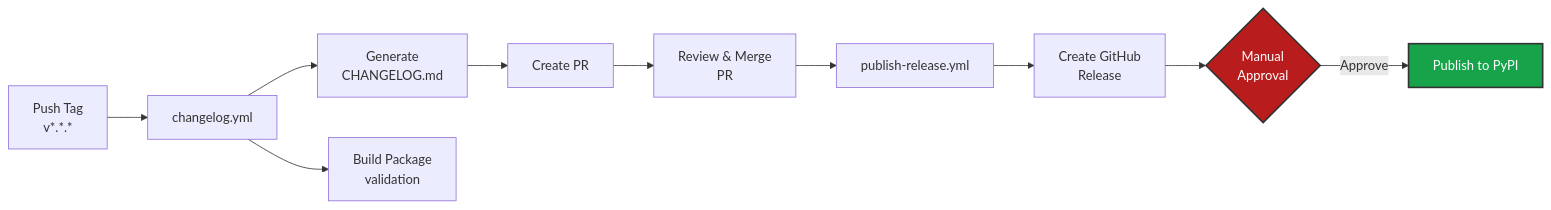
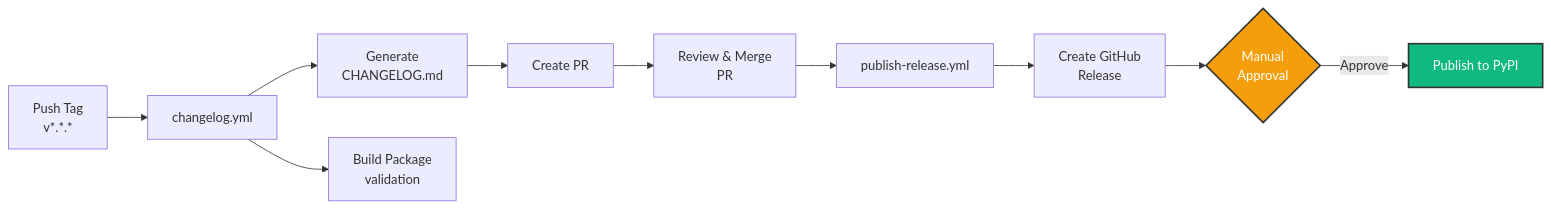
One commit to stateful-y/sklearn-wrap changed the diagram in docs/pages/contributing.md. Above: the diagram before and after it, drawn with Mermaid. The commit also changed other lines of this file and 12 other files, not shown here.

````diff
--- a/docs/pages/contributing.md
+++ b/docs/pages/contributing.md
@@ -571,14 +570,14 @@
 ```mermaid
 graph LR
     A[Push Tag<br/>v*.*.*] --> B[changelog.yml]
     B --> C[Generate<br/>CHANGELOG.md]
     B --> D[Build Package<br/>validation]
     C --> E[Create PR]
     E --> F[Review & Merge<br/>PR]
     F --> G[publish-release.yml]
     G --> H[Create GitHub<br/>Release]
     H --> I{Manual<br/>Approval}
     I -->|Approve| J[Publish to PyPI]
-    style I fill:#b91c1c,stroke:#333,stroke-width:2px,color:#fff
-    style J fill:#16a34a,stroke:#333,stroke-width:2px,color:#fff
+    style I fill:#f59e0b,stroke:#333,stroke-width:2px,color:#fff
+    style J fill:#10b981,stroke:#333,stroke-width:2px,color:#fff
 ```
````
